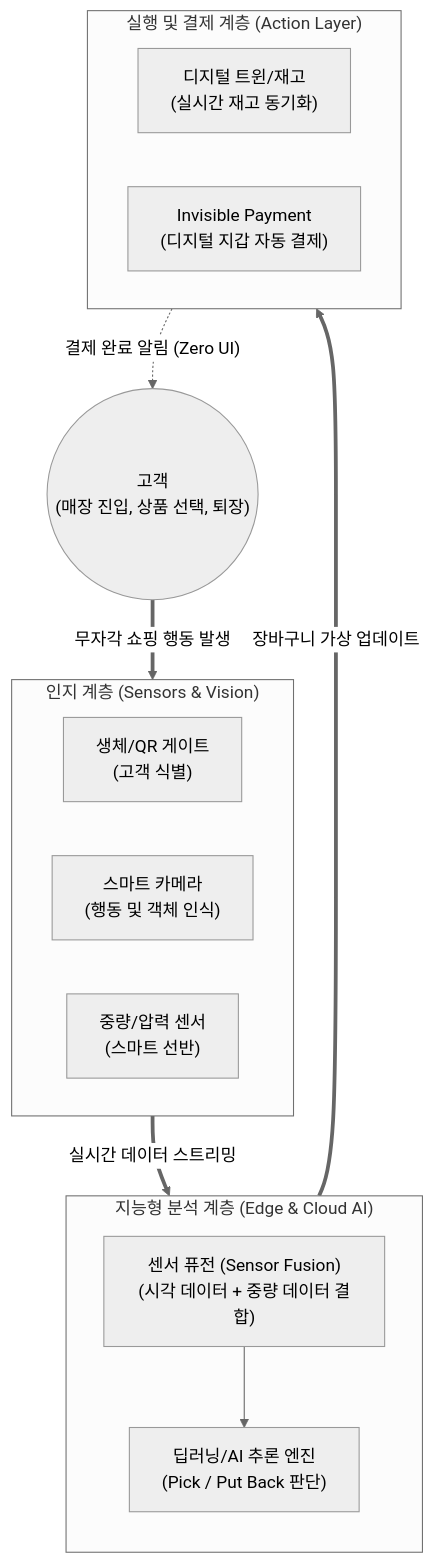
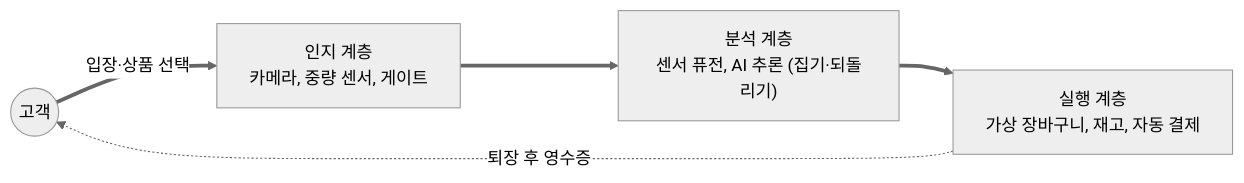
The diagram in content/01_IT Tech/엠비언트 커머스.md (supremethumb/supremethumb.github.io), drawn with Mermaid (neutral theme) before and after one commit. The commit also changed other lines of this file and 1087 other files, not shown here.

````diff
--- a/content/01_IT Tech/엠비언트 커머스.md
+++ b/content/01_IT Tech/엠비언트 커머스.md
@@ -27,30 +34,7 @@
 ```mermaid
-flowchart TB
-    Customer(("고객<br/>(매장 진입, 상품 선택, 퇴장)"))
-    
-    subgraph Perception ["인지 계층 (Sensors & Vision)"]
-        direction LR
-        Gate["생체/QR 게이트<br/>(고객 식별)"]
-        Camera["스마트 카메라<br/>(행동 및 객체 인식)"]
-        Sensor["중량/압력 센서<br/>(스마트 선반)"]
-    end
-    
-    subgraph Intelligence ["지능형 분석 계층 (Edge & Cloud AI)"]
-        direction TB
-        Sensor_Fusion["센서 퓨전 (Sensor Fusion)<br/>(시각 데이터 + 중량 데이터 결합)"]
-        AI_Engine["딥러닝/AI 추론 엔진<br/>(Pick / Put Back 판단)"]
-        Sensor_Fusion --> AI_Engine
-    end
-    
-    subgraph Execution ["실행 및 결제 계층 (Action Layer)"]
-        direction LR
-        Inventory["디지털 트윈/재고<br/>(실시간 재고 동기화)"]
-        Payment["Invisible Payment<br/>(디지털 지갑 자동 결제)"]
-    end
-    
-    Customer == "무자각 쇼핑 행동 발생" ==> Perception
-    Perception == "실시간 데이터 스트리밍" ==> Intelligence
-    Intelligence == "장바구니 가상 업데이트" ==> Execution
-    Execution -. "결제 완료 알림 (Zero UI)" .-> Customer
-
+flowchart LR
+    C(("고객")) ==>|"입장·상품 선택"| P["인지 계층<br/>카메라, 중량 센서, 게이트"]
+    P ==> I["분석 계층<br/>센서 퓨전, AI 추론 (집기·되돌리기)"]
+    I ==> E["실행 계층<br/>가상 장바구니, 재고, 자동 결제"]
+    E -.->|"퇴장 후 영수증"| C
 ```
````
